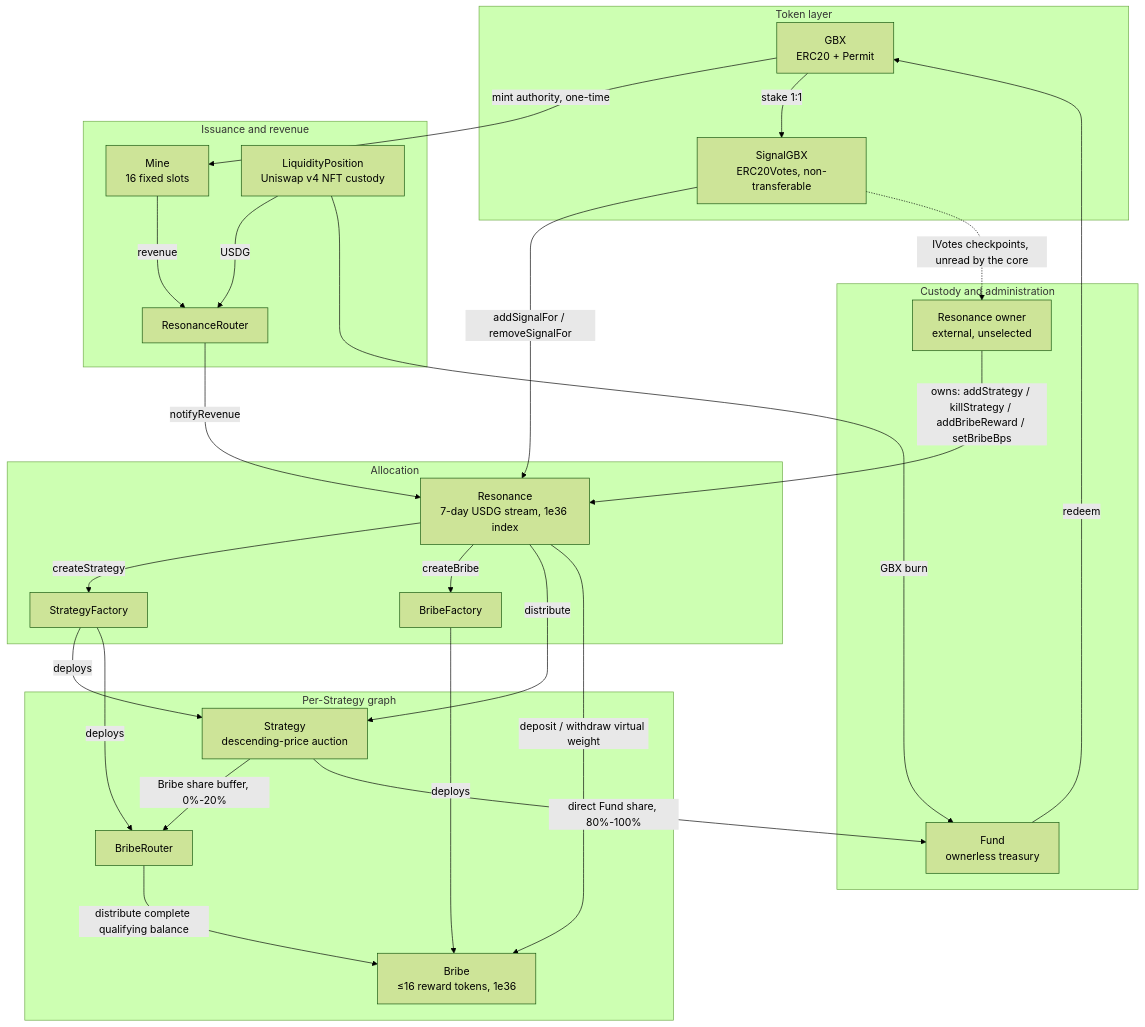
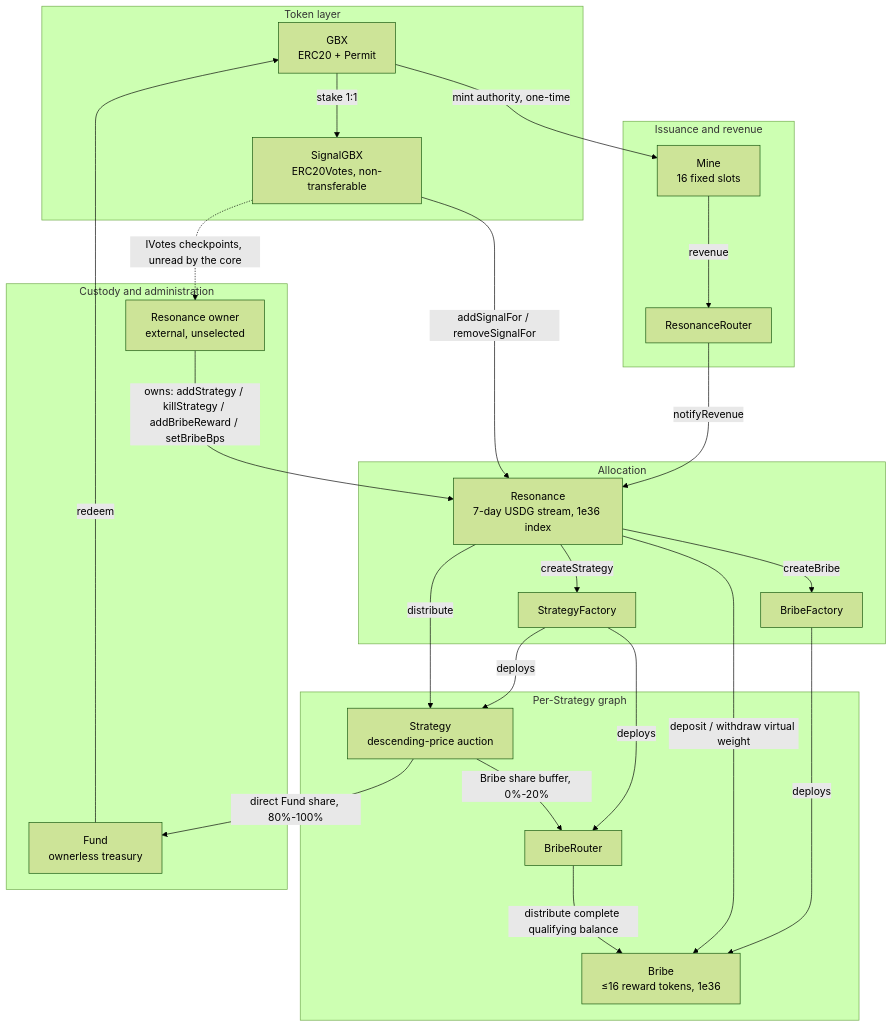
One commit to Heesho/gumball6900 changed the diagram in docs/whitepapers/gumball-6900/whitepaper.md. Above: the diagram before and after it, drawn with Mermaid (forest theme). The commit also changed other lines of this file and 312 other files, not shown here.

````diff
--- a/docs/whitepapers/gumball-6900/whitepaper.md
+++ b/docs/whitepapers/gumball-6900/whitepaper.md
@@ -223,47 +227,44 @@
 ```mermaid
 flowchart TB
   subgraph Token["Token layer"]
     GBX[GBX<br/>ERC20 + Permit]
     SGBX[SignalGBX<br/>ERC20Votes, non-transferable]
   end
   subgraph Issue["Issuance and revenue"]
     MINE[Mine<br/>16 fixed slots]
-    LP[LiquidityPosition<br/>Uniswap v4 NFT custody]
     RR[ResonanceRouter]
   end
   subgraph Alloc["Allocation"]
     RES[Resonance<br/>7-day USDG stream, 1e36 index]
     SF[StrategyFactory]
     BF[BribeFactory]
   end
   subgraph Perstrat["Per-Strategy graph"]
     STR[Strategy<br/>descending-price auction]
     BR[BribeRouter]
     BRIBE[Bribe<br/>≤16 reward tokens, 1e36]
   end
   subgraph Custody["Custody and administration"]
     FUND[Fund<br/>ownerless treasury]
     OWNER[Resonance owner<br/>external, unselected]
   end
 
   GBX -->|mint authority, one-time| MINE
   GBX -->|stake 1:1| SGBX
   MINE -->|revenue| RR
-  LP -->|USDG| RR
-  LP -->|GBX burn| FUND
   RR -->|notifyRevenue| RES
   SGBX -->|addSignalFor / removeSignalFor| RES
   SGBX -.->|IVotes checkpoints, unread by the core| OWNER
   RES -->|createStrategy| SF
   RES -->|createBribe| BF
   SF -->|deploys| STR
   SF -->|deploys| BR
   BF -->|deploys| BRIBE
   RES -->|distribute| STR
   RES -->|deposit / withdraw virtual weight| BRIBE
   STR -->|Bribe share buffer, 0%-20%| BR
   STR -->|direct Fund share, 80%-100%| FUND
   BR -->|distribute complete qualifying balance| BRIBE
   OWNER -->|owns: addStrategy / killStrategy / addBribeReward / setBribeBps| RES
   FUND -->|redeem| GBX
 ```
````
